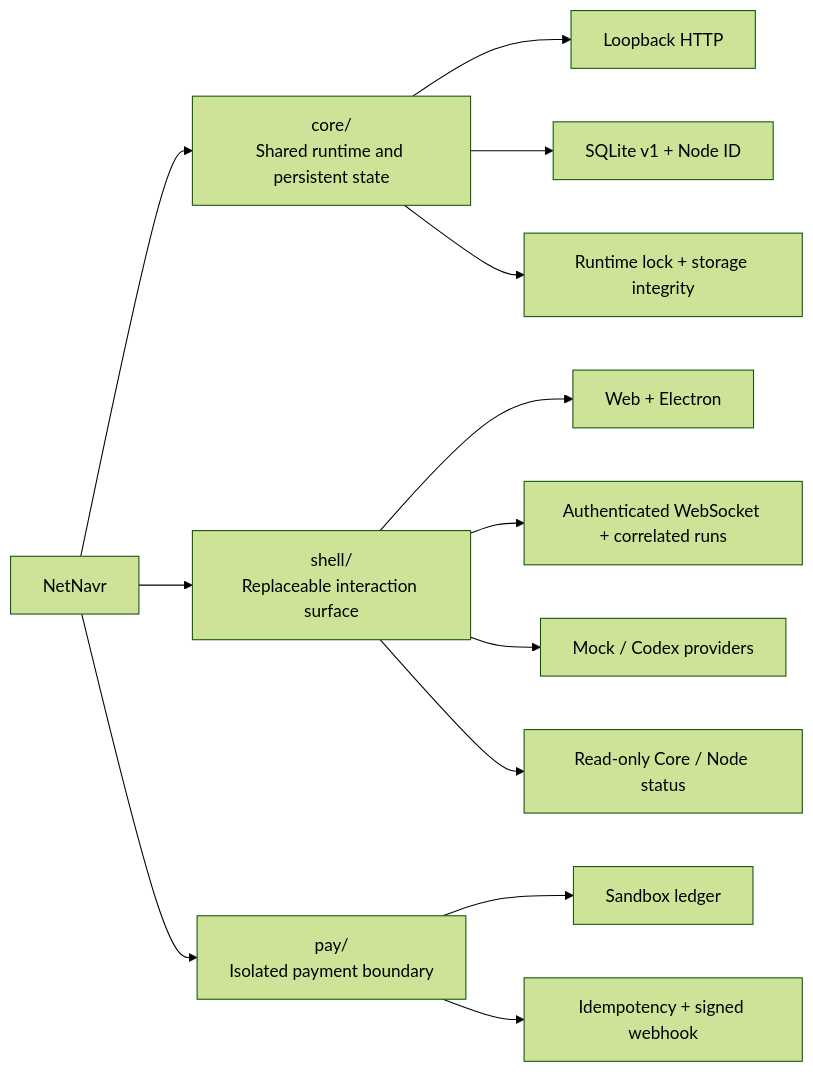
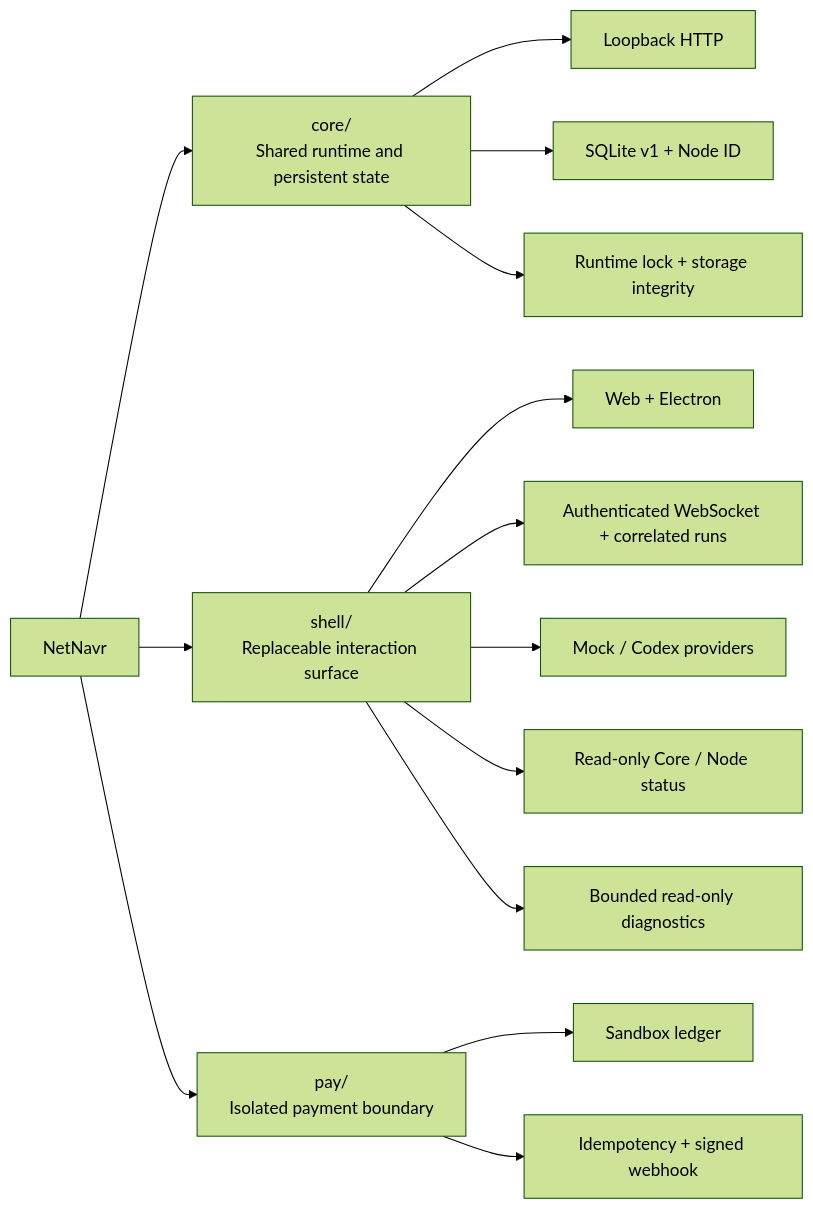
The diagram in README.md (PM100Fun/NetNavr), drawn with Mermaid (forest theme) before and after one commit. The commit also changed other lines of this file and 4 other files, not shown here.

````diff
--- a/README.md
+++ b/README.md
@@ -113,18 +114,19 @@
 ```mermaid
 flowchart LR
     R["NetNavr"] --> C["core/<br/>Shared runtime and persistent state"]
     R --> S["shell/<br/>Replaceable interaction surface"]
     R --> P["pay/<br/>Isolated payment boundary"]
 
     C --> C1["Loopback HTTP"]
     C --> C2["SQLite v1 + Node ID"]
     C --> C3["Runtime lock + storage integrity"]
 
     S --> S1["Web + Electron"]
     S --> S2["Authenticated WebSocket + correlated runs"]
     S --> S3["Mock / Codex providers"]
     S --> S4["Read-only Core / Node status"]
+    S --> S5["Bounded read-only diagnostics"]
 
     P --> P1["Sandbox ledger"]
     P --> P2["Idempotency + signed webhook"]
 ```
````
